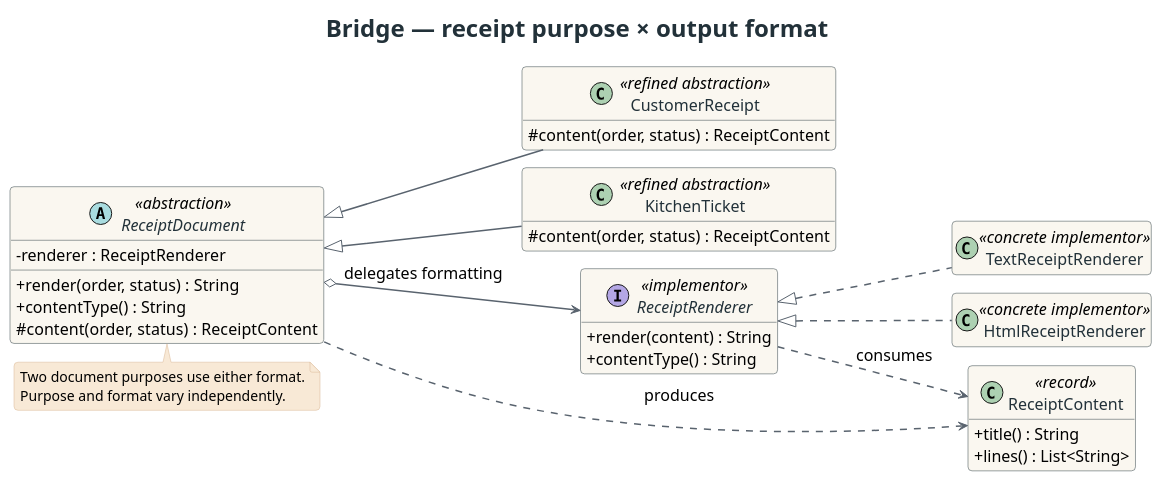
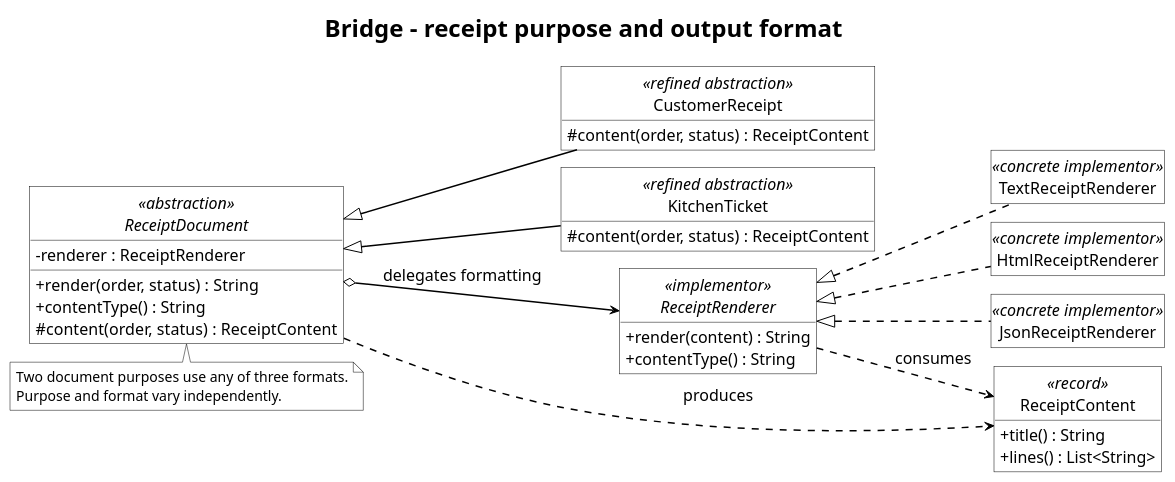
The diagram in docs/uml/bridge.puml (ANAYSSA/Final-Project-SDP), drawn with PlantUML before and after one commit. The commit also changed 49 other files, not shown here.

```diff
--- a/docs/uml/bridge.puml
+++ b/docs/uml/bridge.puml
@@ -1,59 +1,64 @@
 @startuml
 !pragma layout smetana
 skinparam backgroundColor #FFFFFF
+skinparam monochrome true
+skinparam defaultFontColor #000000
+hide circle
 skinparam shadowing false
-skinparam roundcorner 8
+skinparam roundcorner 0
 skinparam defaultFontName SansSerif
 skinparam defaultFontSize 16
-skinparam ArrowColor #59636E
+skinparam ArrowColor #000000
 skinparam ArrowThickness 1.5
 skinparam classAttributeIconSize 0
-skinparam classBackgroundColor #FAF7F0
-skinparam classBorderColor #314047
-skinparam classFontColor #223139
-skinparam stereotypeFontColor #9A4F28
-skinparam noteBackgroundColor #F8E9D6
-skinparam noteBorderColor #D8B794
+skinparam classBackgroundColor #FFFFFF
+skinparam classBorderColor #000000
+skinparam classFontColor #000000
+skinparam stereotypeFontColor #000000
+skinparam noteBackgroundColor #FFFFFF
+skinparam noteBorderColor #000000
 skinparam noteFontSize 14
 skinparam titleFontSize 24
-skinparam titleFontColor #223139
+skinparam titleFontColor #000000
 skinparam packageStyle rectangle
 skinparam packageBackgroundColor #FFFFFF
-skinparam packageBorderColor #C8CED1
+skinparam packageBorderColor #000000
 hide empty members
-title Bridge — receipt purpose × output format
+title Bridge - receipt purpose and output format
 left to right direction
 abstract class ReceiptDocument <<abstraction>> {
   - renderer : ReceiptRenderer
   + render(order, status) : String
   + contentType() : String
   # content(order, status) : ReceiptContent
 }
 class CustomerReceipt <<refined abstraction>> {
   # content(order, status) : ReceiptContent
 }
 class KitchenTicket <<refined abstraction>> {
   # content(order, status) : ReceiptContent
 }
 interface ReceiptRenderer <<implementor>> {
   + render(content) : String
   + contentType() : String
 }
 class TextReceiptRenderer <<concrete implementor>>
 class HtmlReceiptRenderer <<concrete implementor>>
+class JsonReceiptRenderer <<concrete implementor>>
 class ReceiptContent <<record>> {
   + title() : String
   + lines() : List<String>
 }
 ReceiptDocument <|-- CustomerReceipt
 ReceiptDocument <|-- KitchenTicket
 ReceiptDocument o--> ReceiptRenderer : delegates formatting
 ReceiptRenderer <|.. TextReceiptRenderer
 ReceiptRenderer <|.. HtmlReceiptRenderer
+ReceiptRenderer <|.. JsonReceiptRenderer
 ReceiptDocument ..> ReceiptContent : produces
 ReceiptRenderer ..> ReceiptContent : consumes
 note bottom of ReceiptDocument
-Two document purposes use either format.
+Two document purposes use any of three formats.
 Purpose and format vary independently.
 end note
 @enduml
```
